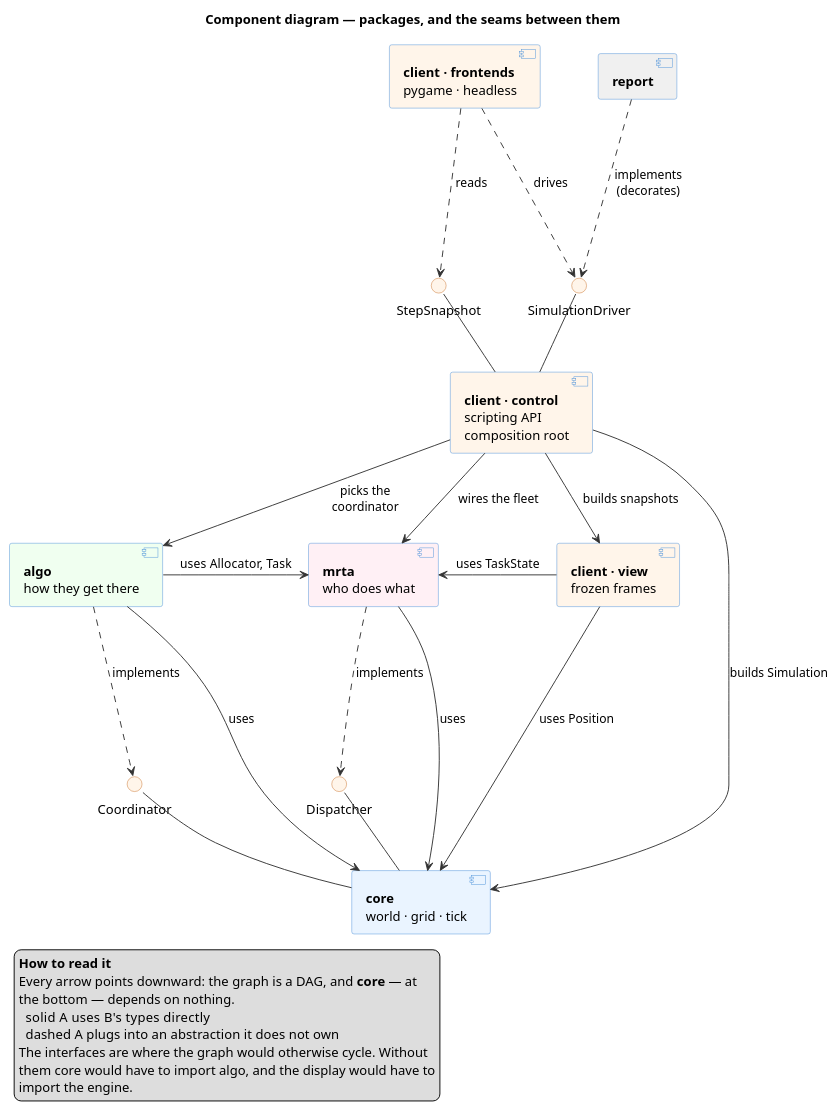
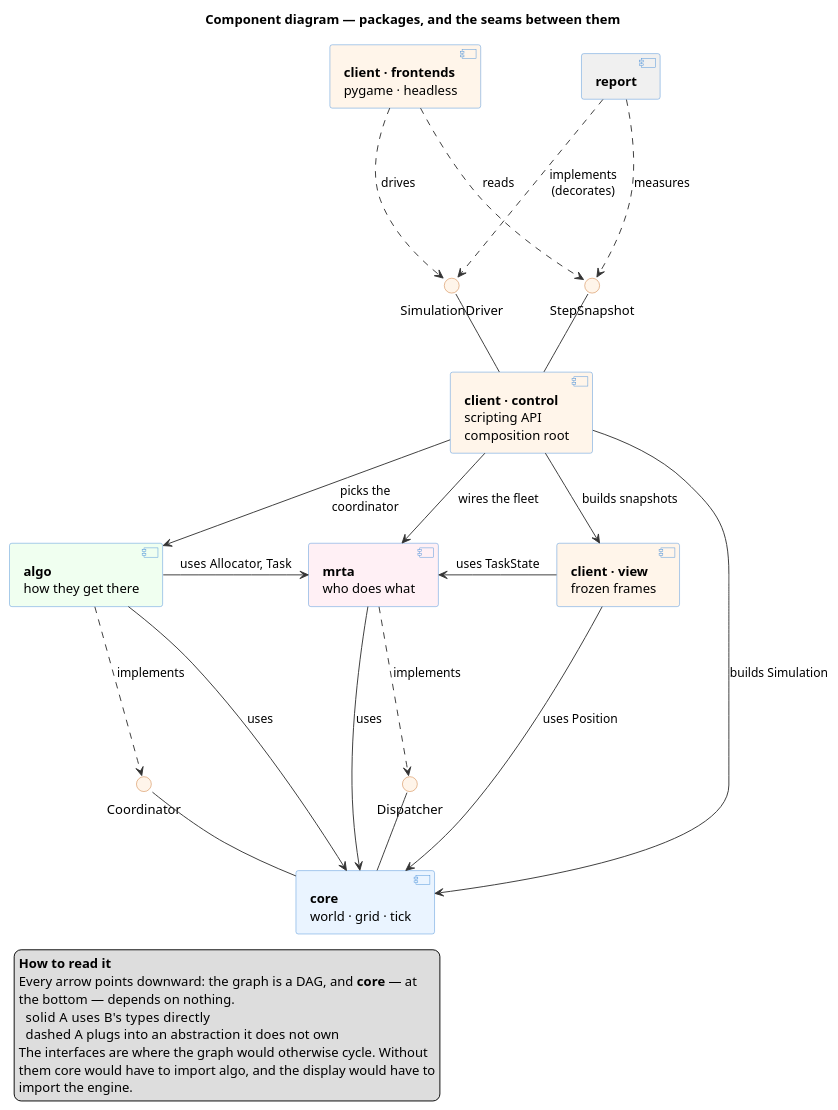
The diagram in diagrammes/component_diagram.puml (RasdaCorentin/MAPF_Simulation), drawn with PlantUML before and after one commit. The commit also changed 10 other files, not shown here.

First line of the commit message:
docs(diagrams): describe the target architecture and route report through the interface

```diff
--- a/diagrammes/component_diagram.puml
+++ b/diagrammes/component_diagram.puml
@@ -1,127 +1,131 @@
 @startuml component_diagram
 
 ' =====================================================================
 '  COMPONENT VIEW — the 30-second read of the architecture.
 '
 '  Derived from _model.iuml, which stays the reference: this diagram
 '  adds nothing, it only drops everything that is not a package
 '  boundary or a seam between two packages.
 '
 '  What it is FOR: showing that the dependency graph is a DAG, and that
 '  the four abstractions (Coordinator, Dispatcher, SimulationDriver,
 '  StepSnapshot) are what keep it one. Every arrow points DOWN, towards
 '  something more abstract or more foundational — that is the whole
 '  design in one picture.
 '
 '  What it deliberately does NOT show: classes, methods, multiplicities,
 '  nor report/ — those live in the class diagram and in the report
 '  diagram; repeating them here would make this a second, competing
 '  rendering of the same thing.
 '
 '  LAYOUT: every edge carries an explicit direction and the components
 '  are declared top-down in reading order. Without that, dot lays the
 '  graph out by edge cost alone and the picture ends up contradicting
 '  the legend that tells you to read it downward.
 ' =====================================================================
 
 title Component diagram — packages, and the seams between them
 
 skinparam componentStyle uml2
 skinparam ArrowColor #333333
 skinparam ComponentBorderColor #4A90D9
 skinparam InterfaceBorderColor #C9722A
 skinparam InterfaceBackgroundColor #FFF5EA
 skinparam NoteBackgroundColor #FFFDE7
 skinparam NoteBorderColor #C9B458
 
 ' ── Layer 1 — presentation, and the one observer ──────────────────
 component "**client · frontends**\npygame · headless" as frontends #FFF5EA
 
 ' report/ is drawn small and grey on purpose: its internals belong to
 ' report_diagram.puml, not here. It appears at all because it is the
 ' SECOND implementer of SimulationDriver — and an interface with a
 ' single visible client always reads as gratuitous indirection.
 component "**report**" as report #F0F0F0
 
 ' ── Layer 2 — the outward-facing seam ─────────────────────────────
 interface "SimulationDriver" as IDriver
 interface "StepSnapshot" as ISnap
 
 ' ── Layer 3 — the composition root ────────────────────────────────
 component "**client · control**\nscripting API\ncomposition root" as control #FFF5EA
 
 ' ── Layer 4 — the interchangeable parts ───────────────────────────
 component "**algo**\nhow they get there" as algo #F0FFF0
 component "**mrta**\nwho does what" as mrta #FFF0F5
 component "**client · view**\nfrozen frames" as view #FFF5EA
 
 ' ── Layer 5 — the engine seams, declared by core ──────────────────
 interface "Coordinator" as ICoord
 interface "Dispatcher" as IDisp
 
 ' ── Layer 6 — the foundation ──────────────────────────────────────
 component "**core**\nworld · grid · tick" as core #EAF4FF
 
 ' =====================================================================
 '  Relations. Solid = uses the types directly. Dashed = plugs into an
 '  abstraction it does not own.
 ' =====================================================================
 
 ' Presentation drives the engine through the interface only.
 frontends ..down.> IDriver : drives
 frontends ..down.> ISnap   : reads
 
 ' The same interface, implemented rather than consumed: RunCollector
-' wraps a controller and passes for one. This is what pays for the
+' wraps a driver and passes for one. This is what pays for the
 ' abstraction — a decorator must present the face of what it wraps.
+' It reads the same frames a display does: measuring the run needs no
+' more access than drawing it, which is why no arrow from report reaches
+' past these two interfaces.
 report ..down.> IDriver : "implements\n(decorates)"
+report ..down.> ISnap   : measures
 
 ' control declares that seam and implements it.
 IDriver -down- control
 ISnap   -down- control
 
 ' The composition root is the only component naming a concrete class.
 control -down-> algo : "picks the\ncoordinator"
 control -down-> mrta : wires the fleet
 control -down-> view : builds snapshots
 
 ' The two implementations plug into the seams core declares.
 algo ..down.> ICoord : implements
 mrta ..down.> IDisp  : implements
 
 ' Plain dependencies, no inversion: these simply use the types below.
 ' Labels are VERBS, never type names. An arrow here says who depends on
 ' whom; a bare "TaskState" sitting on the line reads as cargo instead,
 ' and the reader infers the supplier is at the tail — the exact
 ' opposite of what the arrow means.
 algo -right-> mrta : "uses Allocator, Task"
 view -left-> mrta  : uses TaskState
 algo -down-> core  : uses
 mrta -down-> core  : uses
 view -down-> core  : uses Position
 
 ' core owns the two engine seams: it declares them and calls them,
 ' without ever knowing who implements them.
 ICoord -down- core
 IDisp  -down- core
 
 ' The long edge on the side is real: build() assembles the Simulation
 ' itself. It is drawn because "the composition root touches core" is
 ' exactly the point of a composition root.
 control -down-> core : builds Simulation
 
 ' No notes: this diagram is the 30-second read, and the rationale it
 ' would carry is already in the class diagram and in AGENT.md.
 
 legend bottom left
   **How to read it**
   Every arrow points downward: the graph is a DAG, and **core** — at
   the bottom — depends on nothing.
     solid   A uses B's types directly
     dashed  A plugs into an abstraction it does not own
   The interfaces are where the graph would otherwise cycle. Without
   them core would have to import algo, and the display would have to
   import the engine.
 end legend
 
 @enduml
```
